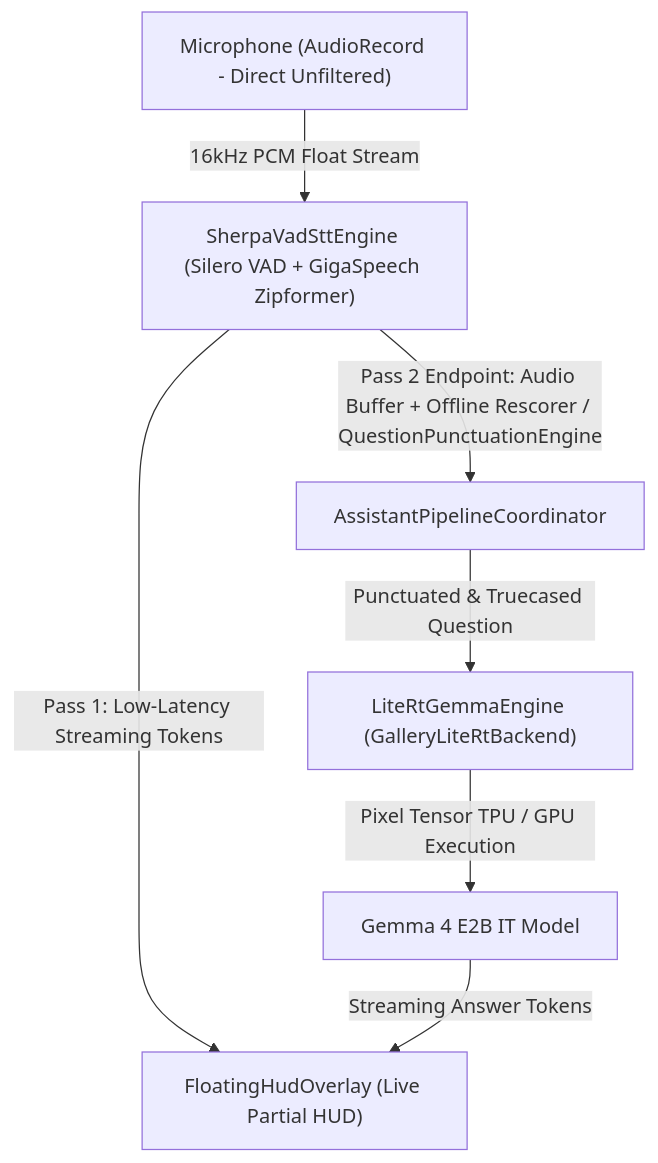
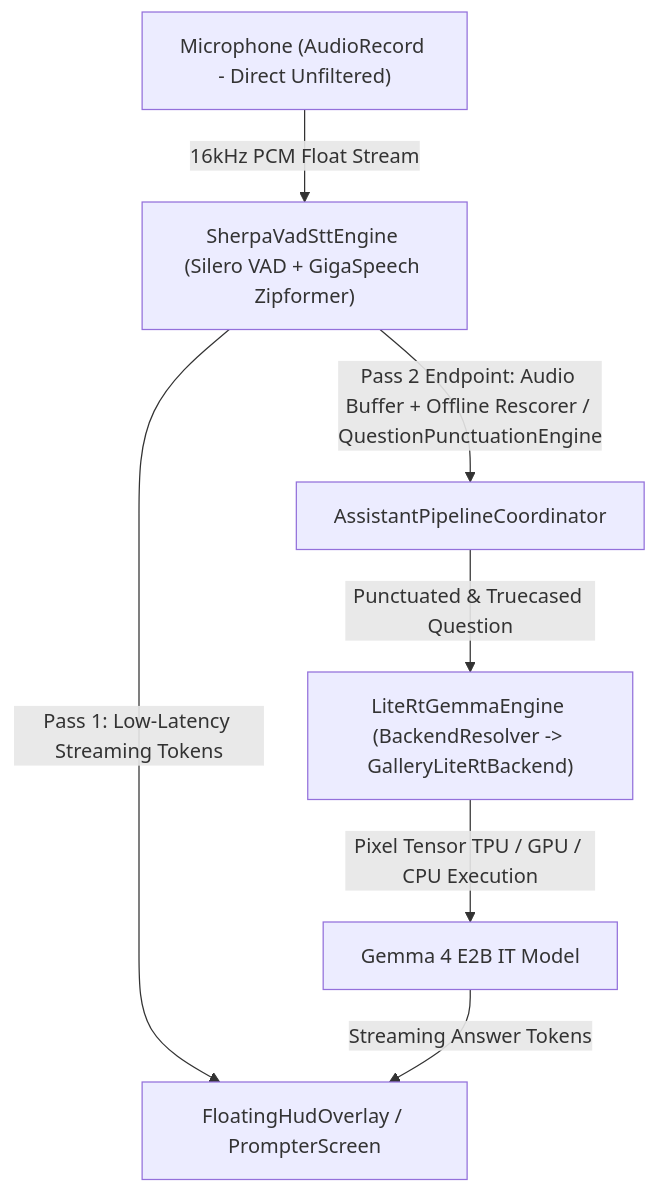
Before and after one commit to eduardoben/ai-interview: the diagram in README.md, drawn with Mermaid. The commit also changed other lines of this file and 36 other files, not shown here.

````diff
--- a/README.md
+++ b/README.md
@@ -39,9 +37,9 @@
 ```mermaid
 graph TD
     A["Microphone (AudioRecord - Direct Unfiltered)"] -->|16kHz PCM Float Stream| B["SherpaVadSttEngine (Silero VAD + GigaSpeech Zipformer)"]
-    B -->|Pass 1: Low-Latency Streaming Tokens| F["FloatingHudOverlay (Live Partial HUD)"]
+    B -->|Pass 1: Low-Latency Streaming Tokens| F["FloatingHudOverlay / PrompterScreen"]
     B -->|Pass 2 Endpoint: Audio Buffer + Offline Rescorer / QuestionPunctuationEngine| C["AssistantPipelineCoordinator"]
-    C -->|Punctuated & Truecased Question| D["LiteRtGemmaEngine (GalleryLiteRtBackend)"]
-    D -->|Pixel Tensor TPU / GPU Execution| E["Gemma 4 E2B IT Model"]
+    C -->|Punctuated & Truecased Question| D["LiteRtGemmaEngine (BackendResolver -> GalleryLiteRtBackend)"]
+    D -->|Pixel Tensor TPU / GPU / CPU Execution| E["Gemma 4 E2B IT Model"]
     E -->|Streaming Answer Tokens| F
 ```
````
